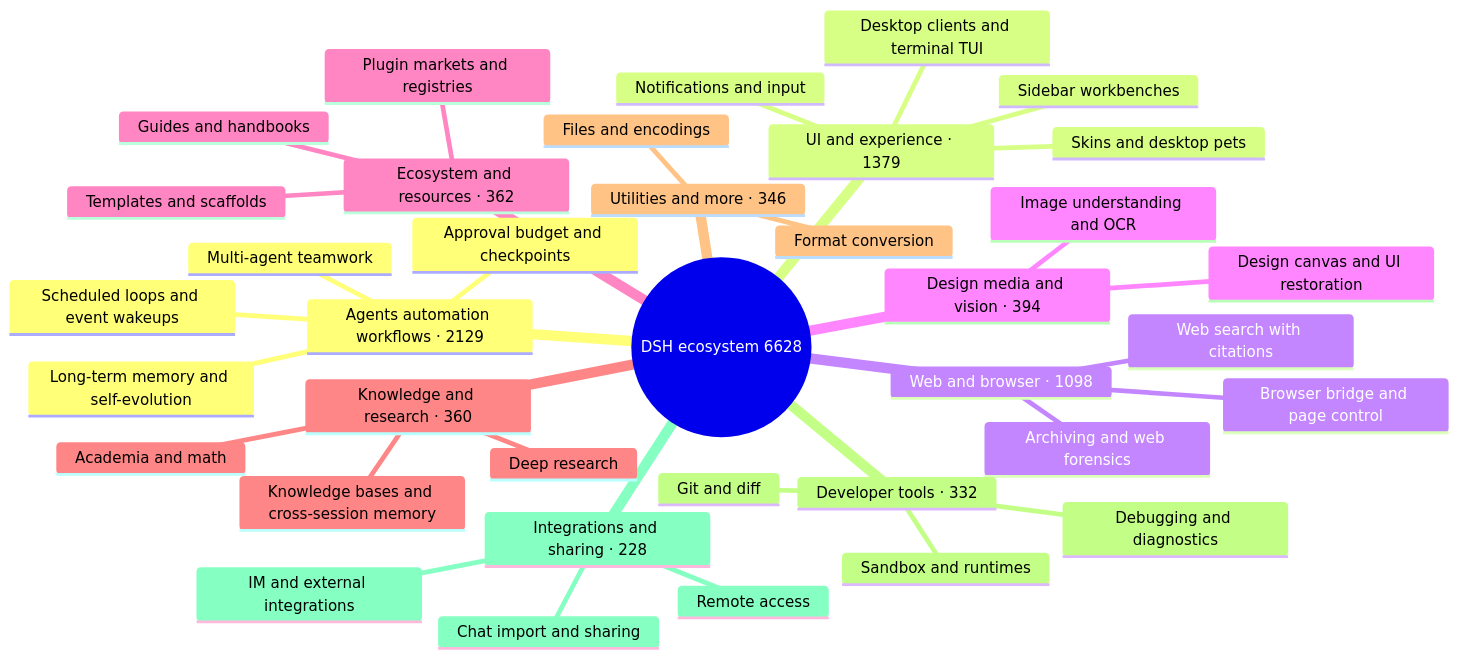
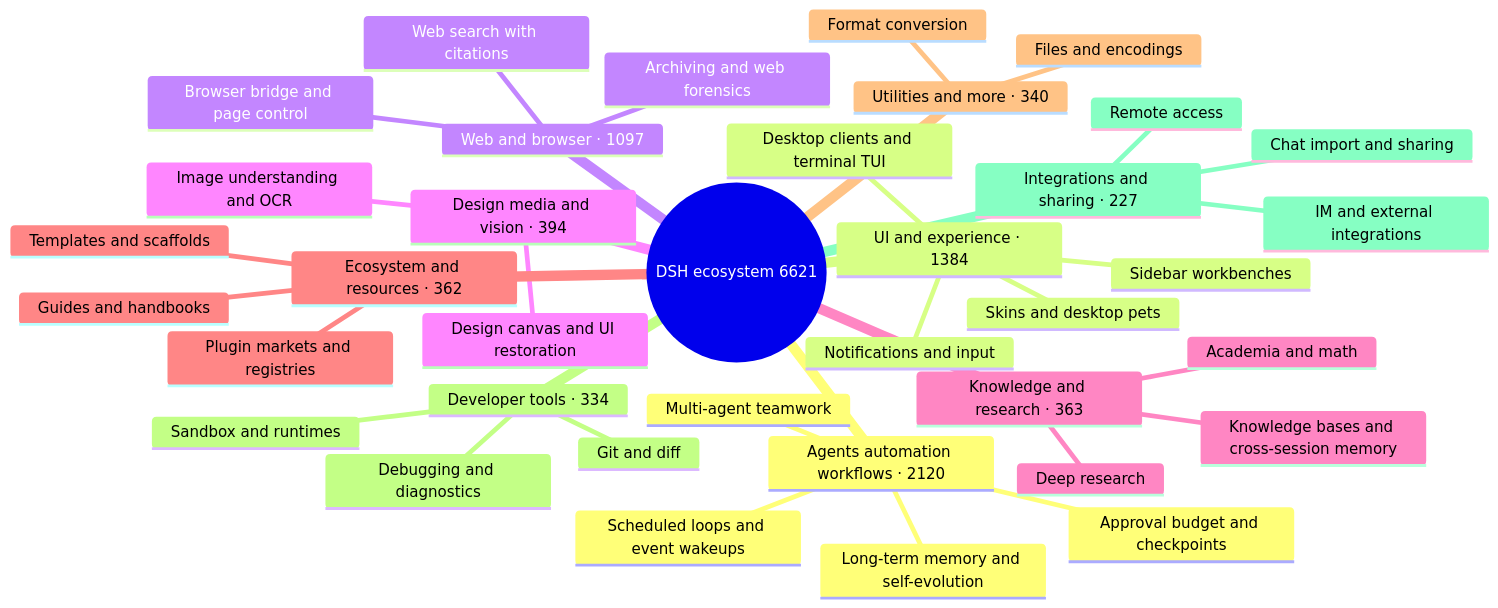
The diagram in README_EN.md (bruc3van/awesome-dsh-plugin), drawn with Mermaid before and after one commit. The commit also changed other lines of this file and 13 other files, not shown here.

````diff
--- a/README_EN.md
+++ b/README_EN.md
@@ -33,40 +33,40 @@
 ```mermaid
 mindmap
-  root((DSH ecosystem 6628))
-    Agents automation workflows · 2129
+  root((DSH ecosystem 6621))
+    Agents automation workflows · 2120
       Scheduled loops and event wakeups
       Multi-agent teamwork
       Long-term memory and self-evolution
       Approval budget and checkpoints
-    UI and experience · 1379
+    UI and experience · 1384
       Desktop clients and terminal TUI
       Sidebar workbenches
       Skins and desktop pets
       Notifications and input
-    Web and browser · 1098
+    Web and browser · 1097
       Browser bridge and page control
       Web search with citations
       Archiving and web forensics
     Design media and vision · 394
       Image understanding and OCR
       Design canvas and UI restoration
+    Knowledge and research · 363
+      Knowledge bases and cross-session memory
+      Deep research
+      Academia and math
     Ecosystem and resources · 362
       Plugin markets and registries
       Templates and scaffolds
       Guides and handbooks
-    Knowledge and research · 360
-      Knowledge bases and cross-session memory
-      Deep research
-      Academia and math
-    Utilities and more · 346
+    Utilities and more · 340
       Files and encodings
       Format conversion
-    Developer tools · 332
+    Developer tools · 334
       Git and diff
       Sandbox and runtimes
       Debugging and diagnostics
-    Integrations and sharing · 228
+    Integrations and sharing · 227
       Chat import and sharing
       Remote access
       IM and external integrations
 ```
````
